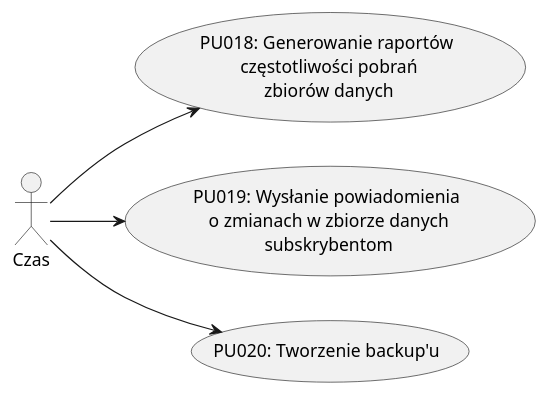
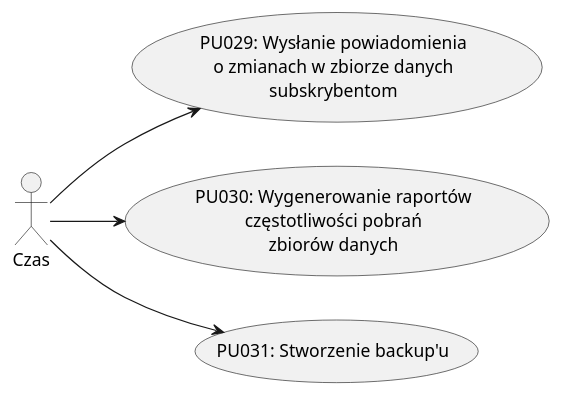
One commit to kokolodziejska/IWO changed the diagram in 4. Diagramy Przypadkow/Czas.puml. Above: the diagram before and after it, drawn with PlantUML. The commit also changed 5 other files, not shown here.

Commit message:
Aktualizowano diagramy przypadkow uzycia systemu

```diff
--- a/4. Diagramy Przypadkow/Czas.puml
+++ b/4. Diagramy Przypadkow/Czas.puml
@@ -1,14 +1,14 @@
 @startuml Czas
 left to right direction
 
 actor "Czas" as Time
 
-usecase "PU018: Generowanie raportów\n częstotliwości pobrań\n zbiorów danych" as UC1
-usecase "PU019: Wysłanie powiadomienia\n o zmianach w zbiorze danych\n subskrybentom" as UC2
-usecase "PU020: Tworzenie backup'u" as UC3
+usecase "PU029: Wysłanie powiadomienia\no zmianach w zbiorze danych\nsubskrybentom" as PU029
+usecase "PU030: Wygenerowanie raportów\nczęstotliwości pobrań\nzbiorów danych" as PU030
+usecase "PU031: Stworzenie backup'u" as PU031
 
-Time --> UC1
-Time --> UC2
-Time --> UC3
+Time --> PU029
+Time --> PU030
+Time --> PU031
 
 @enduml
```
